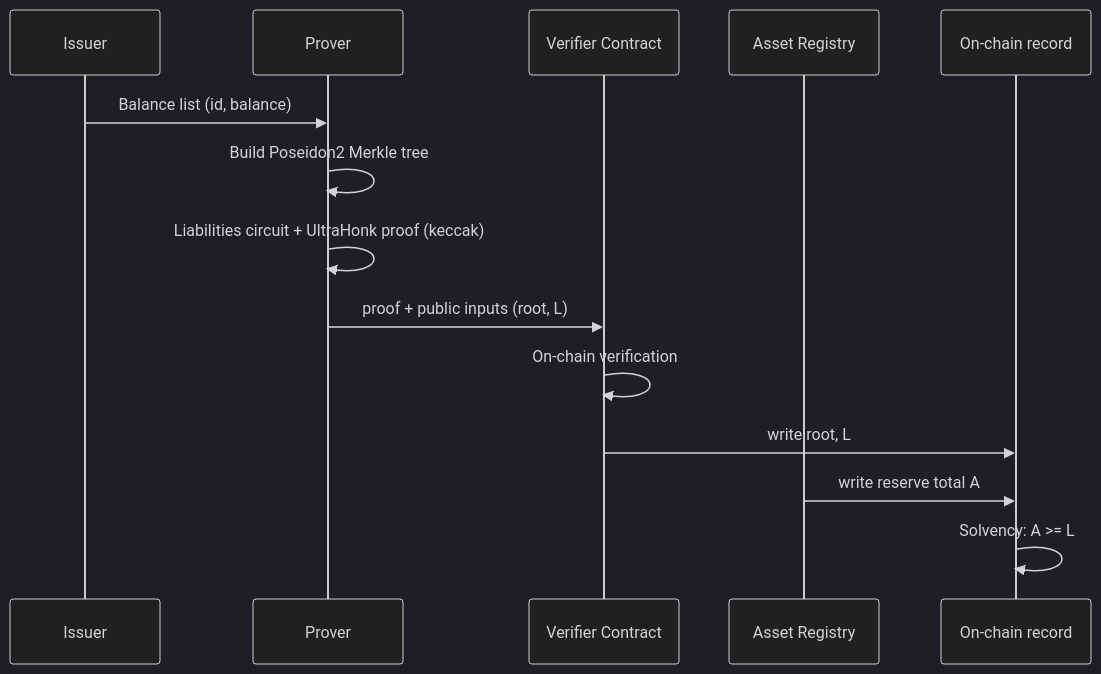
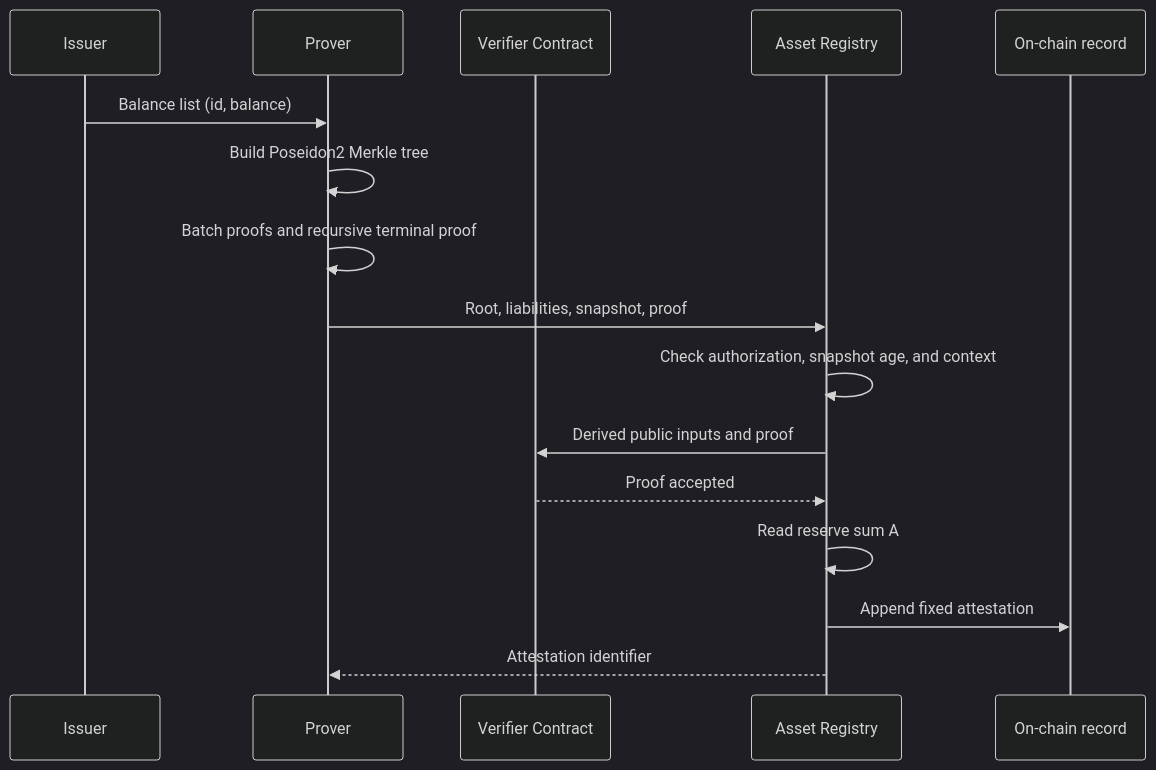
Before and after one commit to Errorist79/zkPoR: the second of 2 diagrams in docs/architecture.md, drawn with Mermaid (dark theme). The commit also changed other lines of this file and 7 other files, not shown here.

````diff
--- a/docs/architecture.md
+++ b/docs/architecture.md
@@ -220,17 +218,19 @@
 ```mermaid
 sequenceDiagram
     participant I as Issuer
     participant P as Prover
     participant V as Verifier Contract
     participant R as Asset Registry
     participant S as On-chain record
 
     I->>P: Balance list (id, balance)
     P->>P: Build Poseidon2 Merkle tree
-    P->>P: Liabilities circuit + UltraHonk proof (keccak)
-    P->>V: proof + public inputs (root, L)
-    V->>V: On-chain verification
-    V->>S: write root, L
-    R->>S: write reserve total A
-    S->>S: Solvency: A >= L
+    P->>P: Batch proofs and recursive terminal proof
+    P->>R: Root, liabilities, snapshot, proof
+    R->>R: Check authorization, snapshot age, and context
+    R->>V: Derived public inputs and proof
+    V-->>R: Proof accepted
+    R->>R: Read reserve sum A
+    R->>S: Append fixed attestation
+    R-->>P: Attestation identifier
 ```
````
